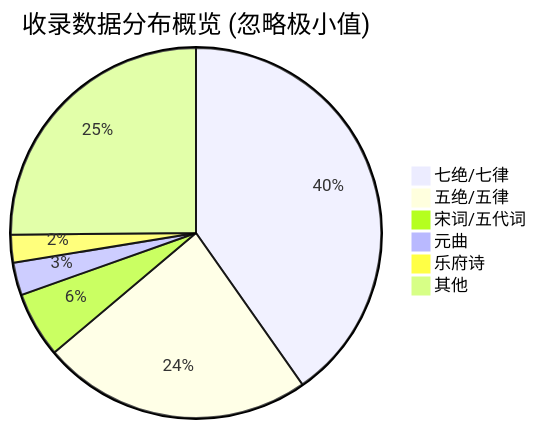
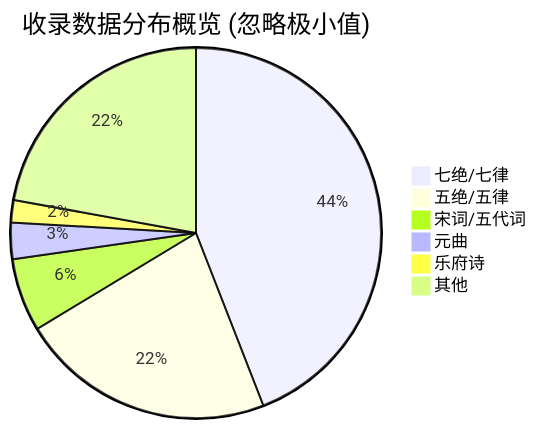
Before and after one commit to palemoky/chinese-poetry-api: the diagram in README.md, drawn with Mermaid. The commit also changed other lines of this file, not shown here.

Commit message:
docs(readme): update the dataset figures for the fork's data

````diff
--- a/README.md
+++ b/README.md
@@ -202,9 +202,9 @@
 ```mermaid
 pie title 收录数据分布概览 (忽略极小值)
-"七绝/七律" : 154060
-"五绝/五律" : 90295
-"宋词/五代词" : 21912
-"元曲" : 10905
-"乐府诗" : 9315
-"其他" : 96232
+"七绝/七律" : 151440
+"五绝/五律" : 76541
+"宋词/五代词" : 21890
+"元曲" : 10904
+"乐府诗" : 6714
+"其他" : 76077
 ```
````
